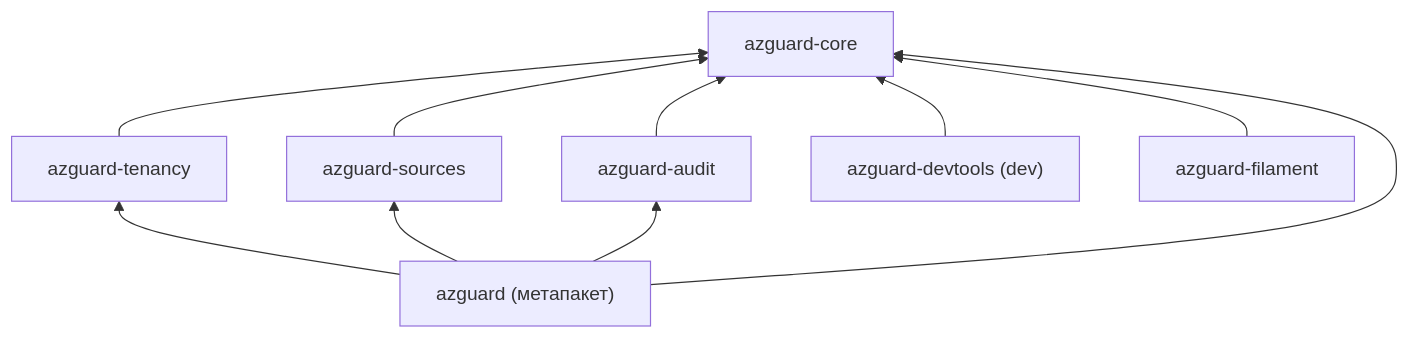
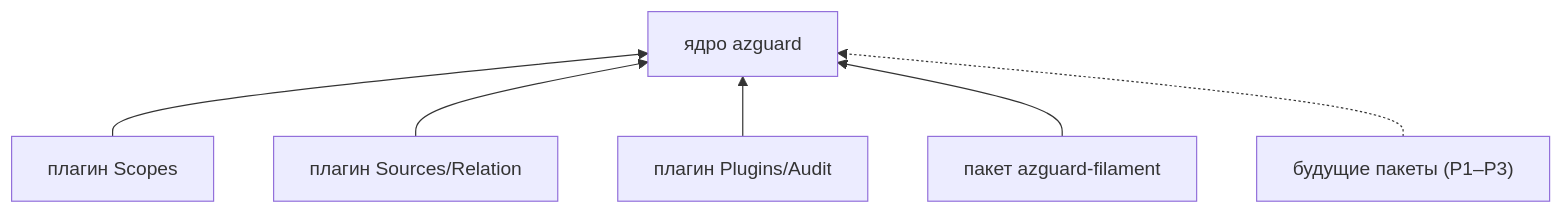
Before and after one commit to axiomasoft/azguard-private: the first of 3 diagrams in audits/2026-10-09-architecture-modularization.md, drawn with Mermaid. The commit also changed other lines of this file, not shown here.

First line of the commit message:
docs(audit): target tree keeps one core package with module roots

````diff
--- a/audits/2026-10-09-architecture-modularization.md
+++ b/audits/2026-10-09-architecture-modularization.md
@@ -394,10 +396,9 @@
 ```mermaid
 flowchart BT
-  core["azguard-core"]
-  tenancy["azguard-tenancy"] --> core
-  sources["azguard-sources"] --> core
-  audit["azguard-audit"] --> core
-  devtools["azguard-devtools (dev)"] --> core
-  filament["azguard-filament"] --> core
-  meta["azguard (метапакет)"] --> core & tenancy & sources & audit
+  core["ядро azguard"]
+  scopes["плагин Scopes"] --> core
+  relation["плагин Sources/Relation"] --> core
+  audit["плагин Plugins/Audit"] --> core
+  filament["пакет azguard-filament"] --> core
+  future["будущие пакеты (Р1–Р3)"] -.-> core
 ```
````
